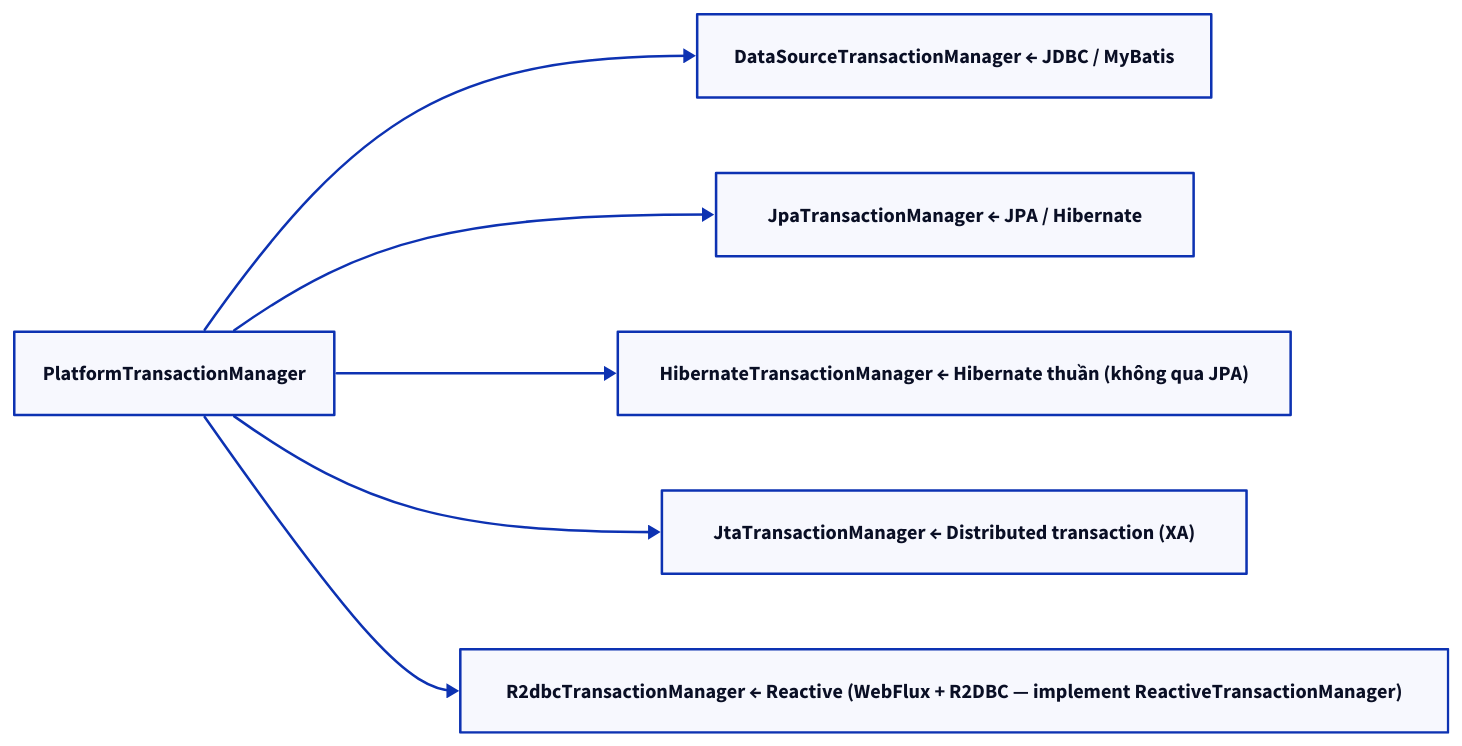
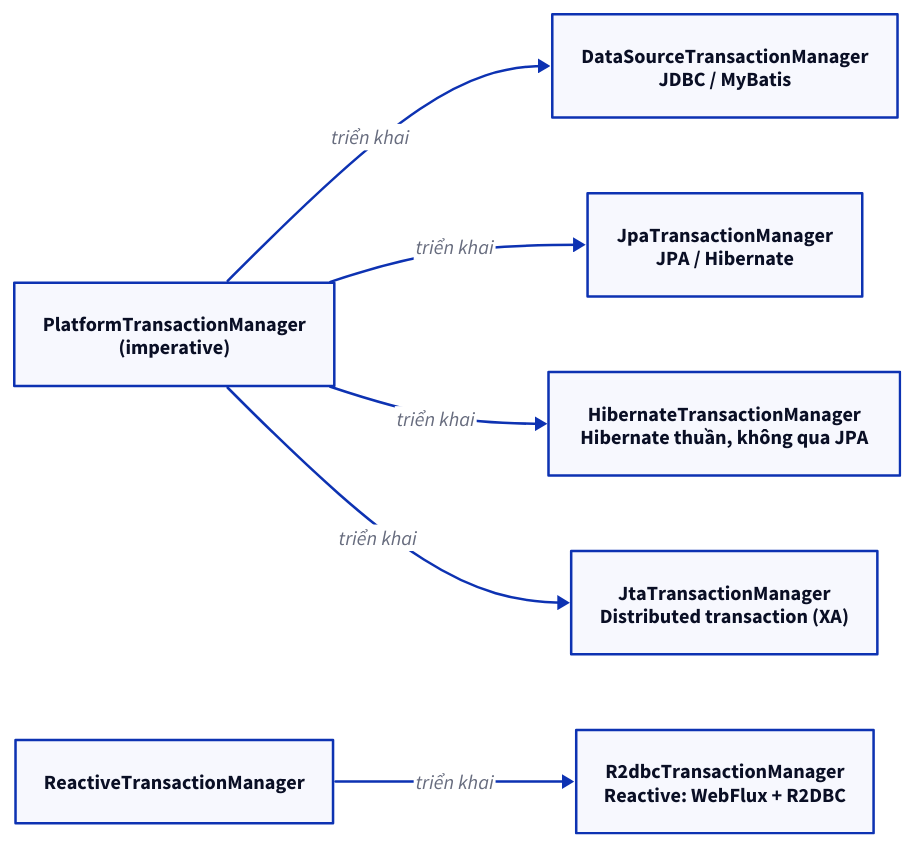
One commit to vanhiep99w/java-learn changed the fifth of 11 diagrams in content/docs/spring/spring-transaction.md. Above: the diagram before and after it, drawn with D2. The commit also changed other lines of this file and 62 other files, not shown here.

Commit message:
feat(docs): upgrade docs-kit and optimize diagram layouts

````diff
--- a/content/docs/spring/spring-transaction.md
+++ b/content/docs/spring/spring-transaction.md
@@ -274,14 +269,15 @@
 ```d2 title="5.1. Hierarchy — implementation cho từng công nghệ"
 direction: right
-t0: "PlatformTransactionManager"
-t1: "DataSourceTransactionManager     ← JDBC / MyBatis"
-t0 -> t1
-t2: "JpaTransactionManager            ← JPA / Hibernate"
-t0 -> t2
-t3: "HibernateTransactionManager      ← Hibernate thuần (không qua JPA)"
-t0 -> t3
-t4: "JtaTransactionManager            ← Distributed transaction (XA)"
-t0 -> t4
-t5: "R2dbcTransactionManager          ← Reactive (WebFlux + R2DBC — implement ReactiveTransactionManager)"
-t0 -> t5
+blocking: "PlatformTransactionManager\n(imperative)"
+jdbc: "DataSourceTransactionManager\nJDBC / MyBatis"
+jpa: "JpaTransactionManager\nJPA / Hibernate"
+hibernate: "HibernateTransactionManager\nHibernate thuần, không qua JPA"
+jta: "JtaTransactionManager\nDistributed transaction (XA)"
+reactive: ReactiveTransactionManager
+r2dbc: "R2dbcTransactionManager\nReactive: WebFlux + R2DBC"
+blocking -> jdbc: "triển khai"
+blocking -> jpa: "triển khai"
+blocking -> hibernate: "triển khai"
+blocking -> jta: "triển khai"
+reactive -> r2dbc: "triển khai"
 ```
````
